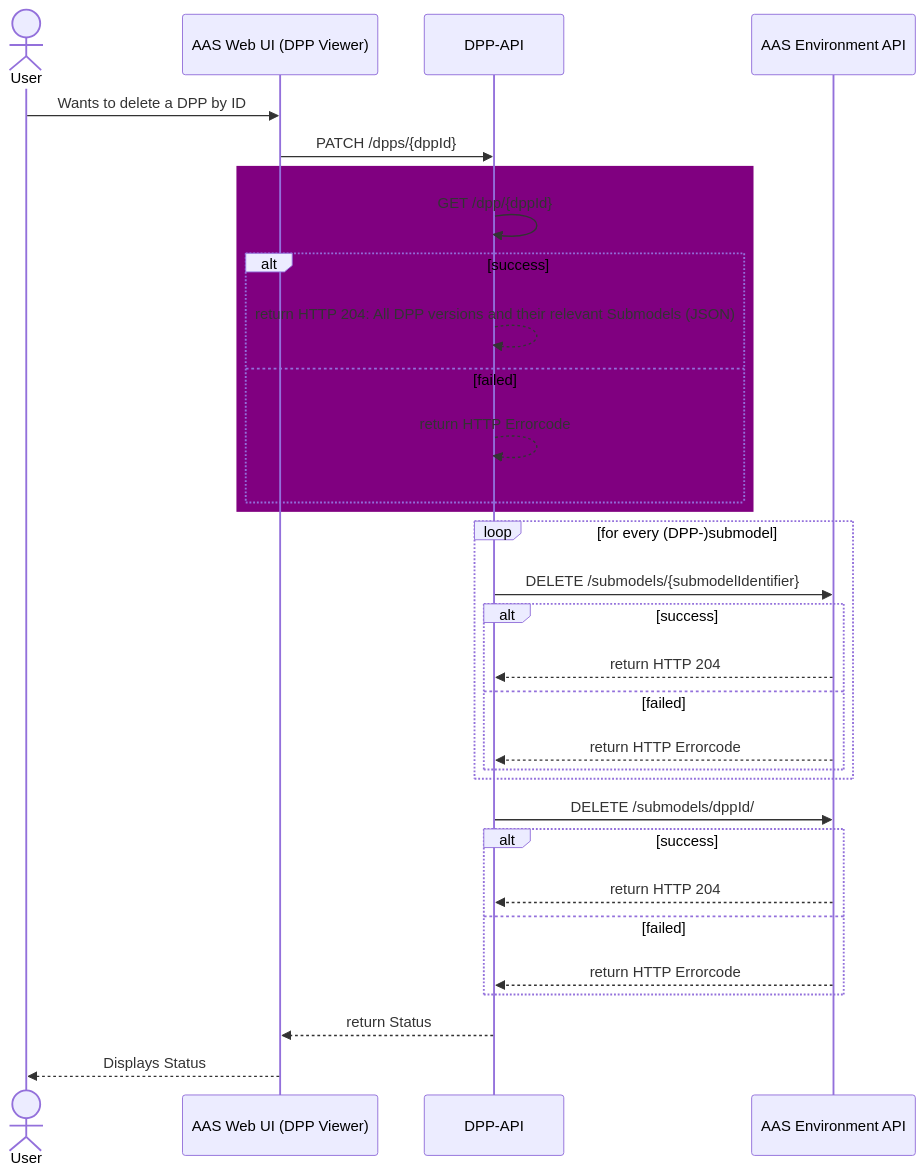
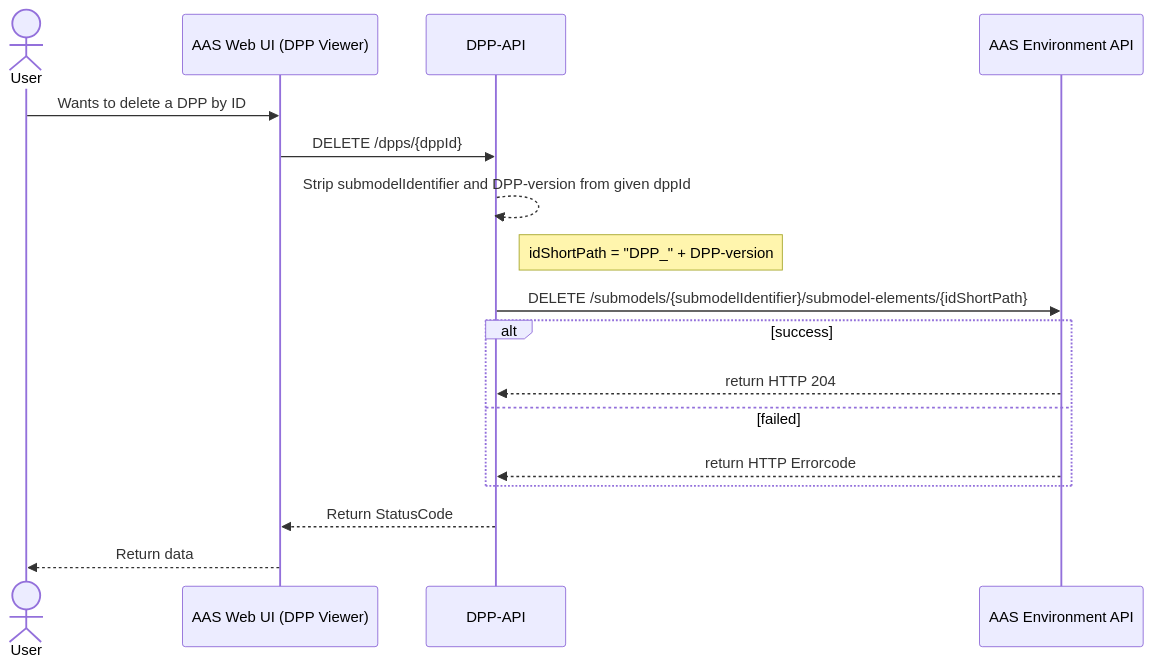
Before and after one commit to DHBW-TINF24F/Team6-BaSyx-DPP-API: the fourth of 10 diagrams in PROJECT/SAS/mapping/mapping.md, drawn with Mermaid. The commit also changed other lines of this file and 3 other files, not shown here.

Commit message:
rework DELETE /dpps & GET /dppsByProductId & some minor changes to other calls

````diff
--- a/PROJECT/SAS/mapping/mapping.md
+++ b/PROJECT/SAS/mapping/mapping.md
@@ -163,41 +166,23 @@
 ```mermaid
 sequenceDiagram
   actor User
   participant Web as AAS Web UI (DPP Viewer)
   participant API as DPP-API
   participant Env as AAS Environment API
 
   User->>Web: Wants to delete a DPP by ID
-  Web->>API: PATCH /dpps/{dppId}
+  Web->>API: DELETE /dpps/{dppId}
 
+  API-->>API: Strip submodelIdentifier and DPP-version from given dppId
 
-  rect purple
-    API->>API: GET /dpp/{dppId}
-    alt success
-        API-->>API: return HTTP 204: All DPP versions and their relevant Submodels (JSON)
-    else failed
-        API-->>API: return HTTP Errorcode
-    end
-  end
-
-  loop for every (DPP-)submodel
-    API->>Env: DELETE /submodels/{submodelIdentifier}
-    
-    alt success
-        Env-->>API: return HTTP 204
-    else failed
-        Env-->>API: return HTTP Errorcode
-    end
-  end
-
-  API->>Env: DELETE /submodels/dppId/
+  Note right of API: idShortPath = "DPP_" + DPP-version
+  API->>Env: DELETE /submodels/{submodelIdentifier}/submodel-elements/{idShortPath}
   alt success
     Env-->>API: return HTTP 204
   else failed
     Env-->>API: return HTTP Errorcode
   end
   
-  API-->>Web: return Status
-  Web-->>User: Displays Status
-
+  API-->>Web: Return StatusCode
+  Web-->>User: Return data
 ```
````
